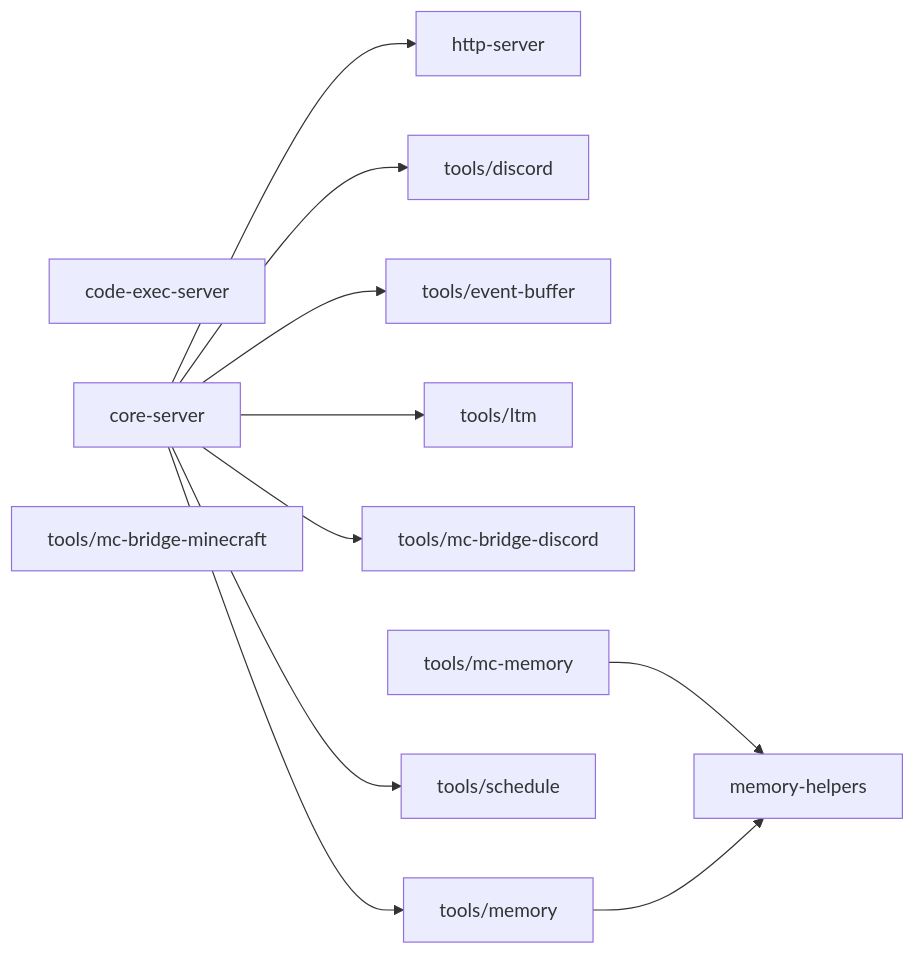
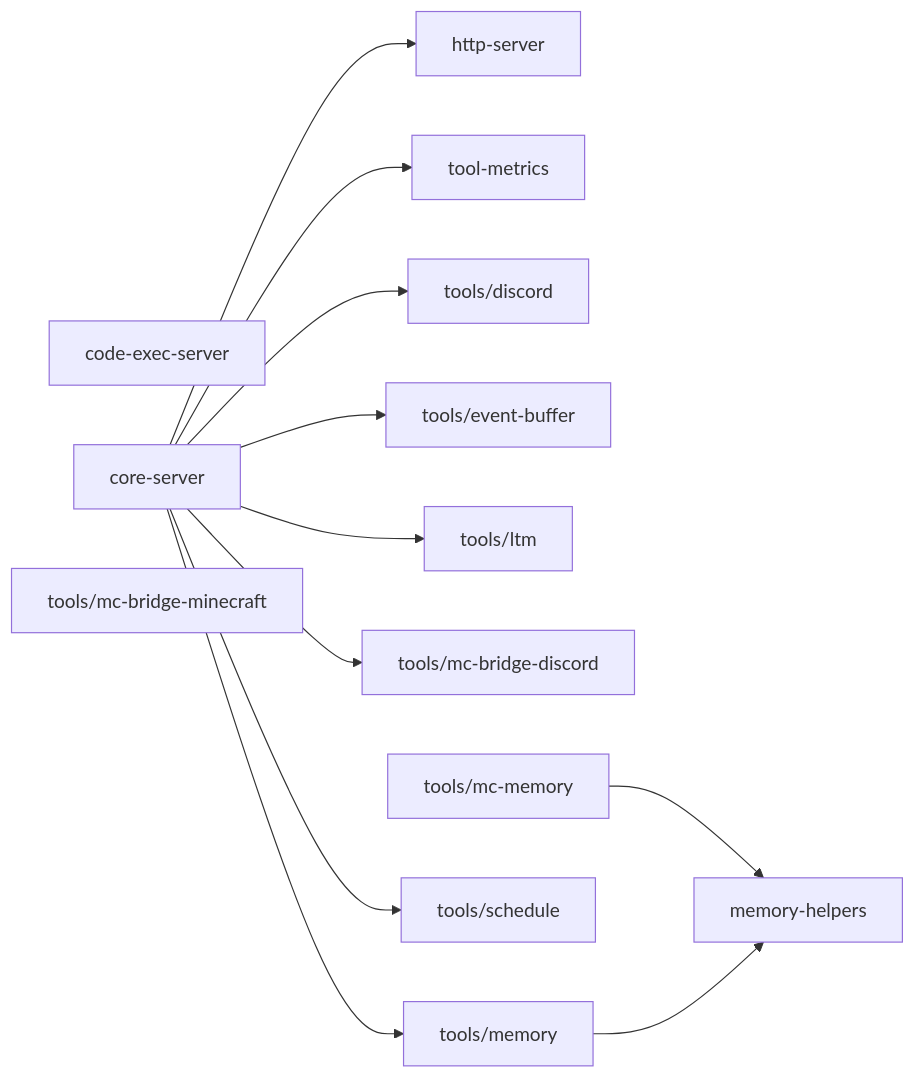
The diagram in packages/mcp/DEPS.md (OJII3/vicissitude), drawn with Mermaid before and after one commit. The commit also changed other lines of this file and 5 other files, not shown here.

````diff
--- a/packages/mcp/DEPS.md
+++ b/packages/mcp/DEPS.md
@@ -7,21 +7,23 @@
 ```mermaid
 graph LR
   code_exec_server["code-exec-server"]
   core_server["core-server"] --> http_server["http-server"]
+  core_server["core-server"] --> tool_metrics["tool-metrics"]
   core_server["core-server"] --> tools_discord["tools/discord"]
   core_server["core-server"] --> tools_event_buffer["tools/event-buffer"]
   core_server["core-server"] --> tools_ltm["tools/ltm"]
   core_server["core-server"] --> tools_mc_bridge_discord["tools/mc-bridge-discord"]
   core_server["core-server"] --> tools_memory["tools/memory"]
   core_server["core-server"] --> tools_schedule["tools/schedule"]
   http_server["http-server"]
   memory_helpers["memory-helpers"]
+  tool_metrics["tool-metrics"]
   tools_discord["tools/discord"]
   tools_event_buffer["tools/event-buffer"]
   tools_ltm["tools/ltm"]
   tools_mc_bridge_discord["tools/mc-bridge-discord"]
   tools_mc_bridge_minecraft["tools/mc-bridge-minecraft"]
   tools_mc_memory["tools/mc-memory"] --> memory_helpers["memory-helpers"]
   tools_memory["tools/memory"] --> memory_helpers["memory-helpers"]
   tools_schedule["tools/schedule"]
 ```
````
